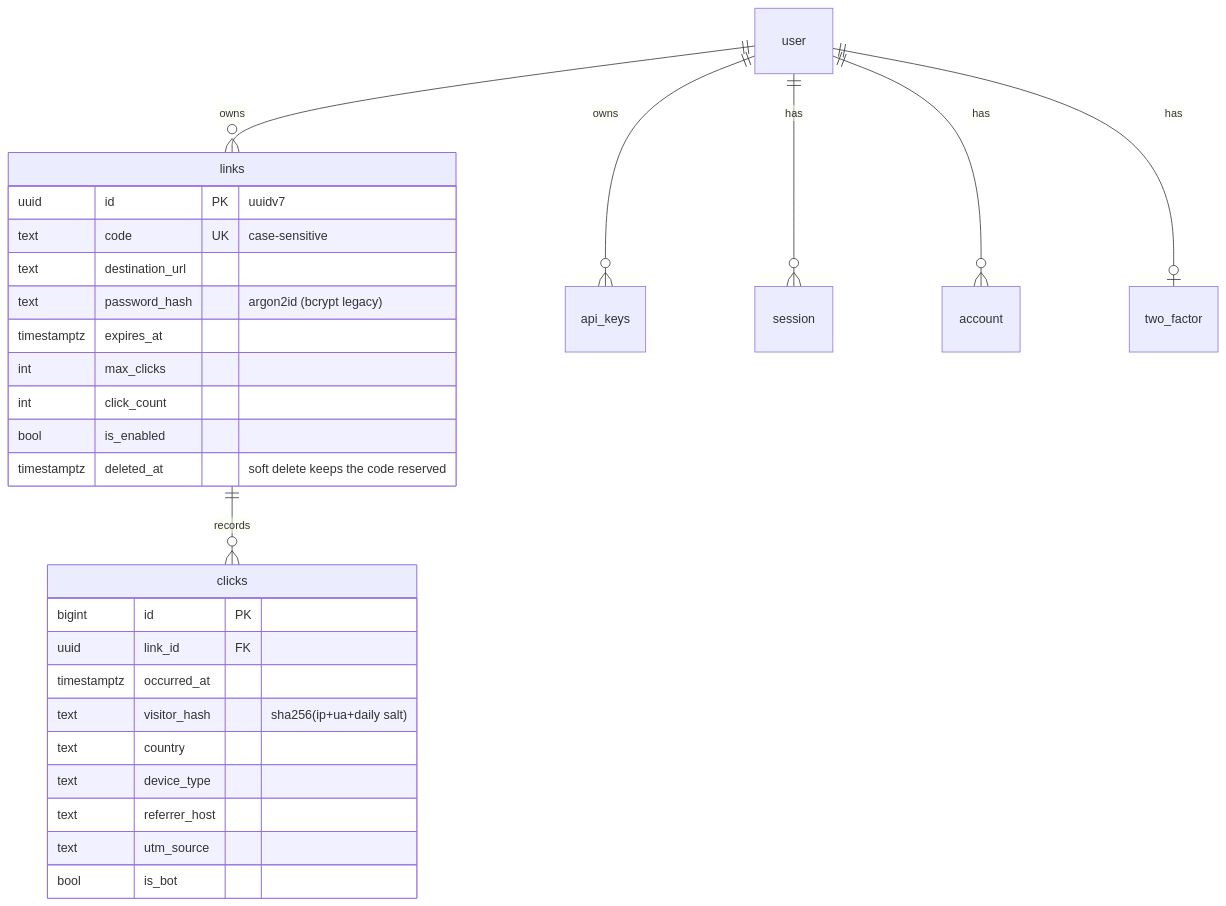
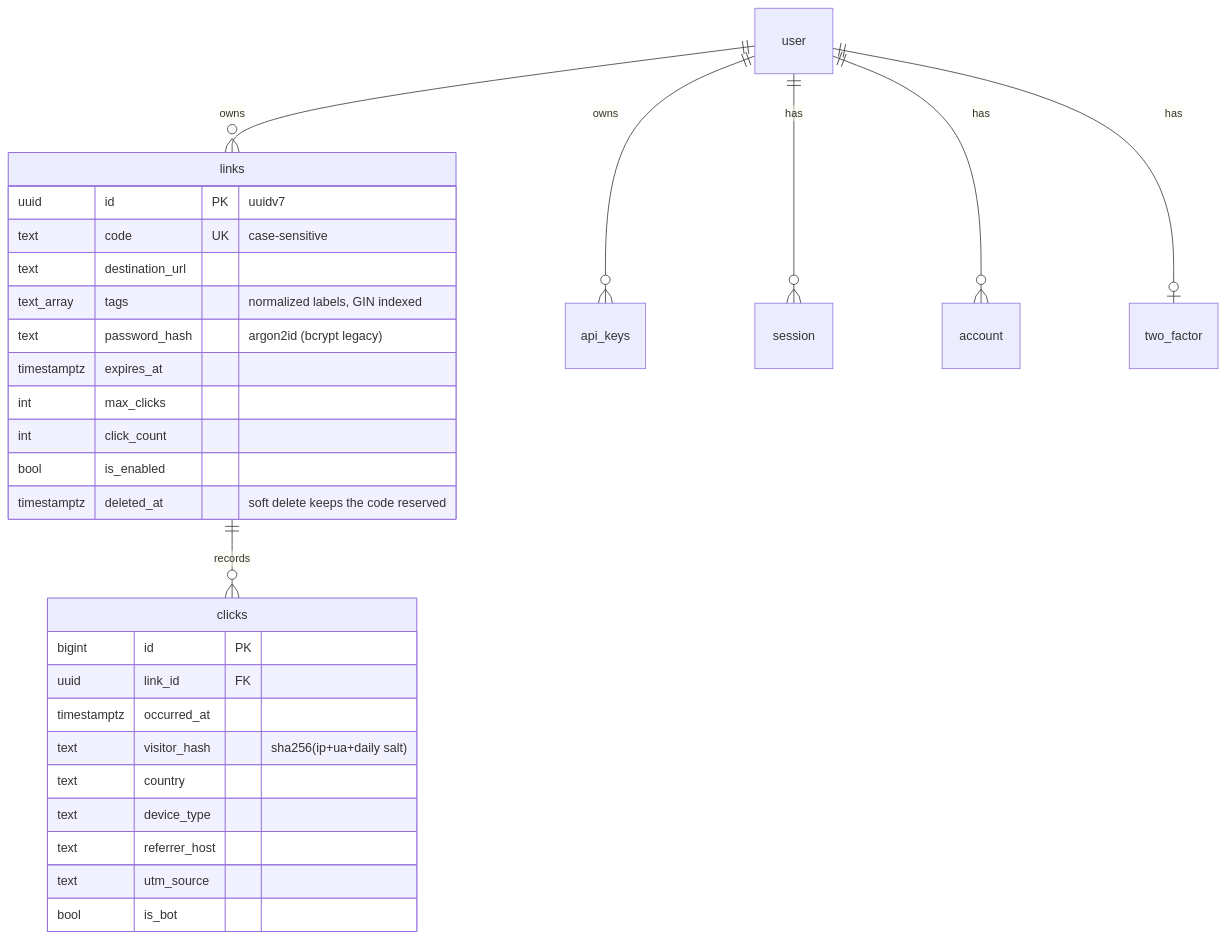
One commit to RaydanAridiCS/vialb.link changed the third of 3 diagrams in docs/architecture.md. Above: the diagram before and after it, drawn with Mermaid. The commit also changed other lines of this file and 4 other files, not shown here.

Commit message:
docs: add architecture and link organization documentation and update project guides

````diff
--- a/docs/architecture.md
+++ b/docs/architecture.md
@@ -95,31 +95,32 @@
 ```mermaid
 erDiagram
   user ||--o{ links : owns
   user ||--o{ api_keys : owns
   user ||--o{ session : has
   user ||--o{ account : has
   user ||--o| two_factor : has
   links ||--o{ clicks : records
   links {
     uuid id PK "uuidv7"
     text code UK "case-sensitive"
     text destination_url
+    text_array tags "normalized labels, GIN indexed"
     text password_hash "argon2id (bcrypt legacy)"
     timestamptz expires_at
     int max_clicks
     int click_count
     bool is_enabled
     timestamptz deleted_at "soft delete keeps the code reserved"
   }
   clicks {
     bigint id PK
     uuid link_id FK
     timestamptz occurred_at
     text visitor_hash "sha256(ip+ua+daily salt)"
     text country
     text device_type
     text referrer_host
     text utm_source
     bool is_bot
   }
 ```
````
